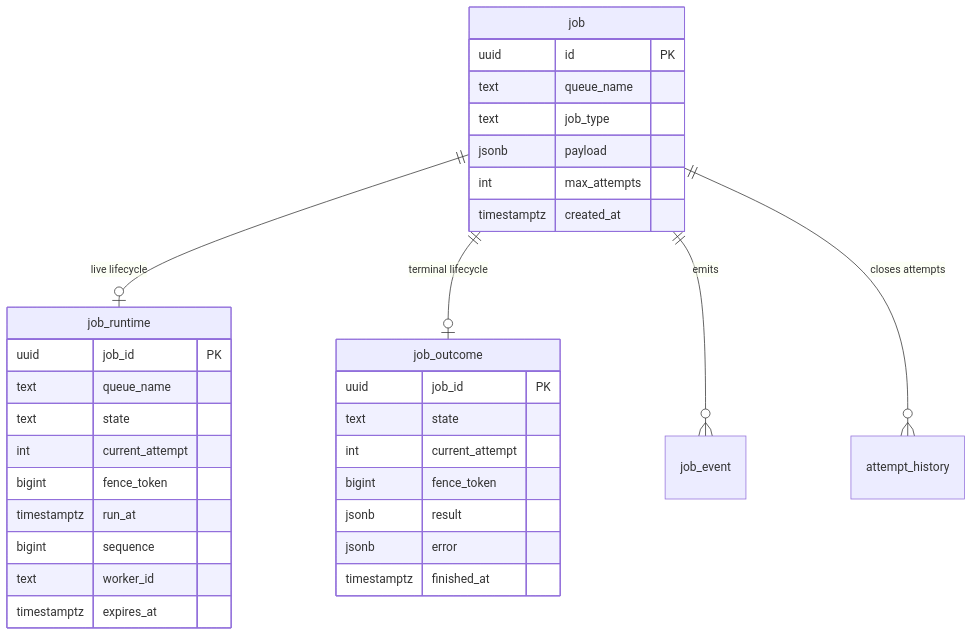
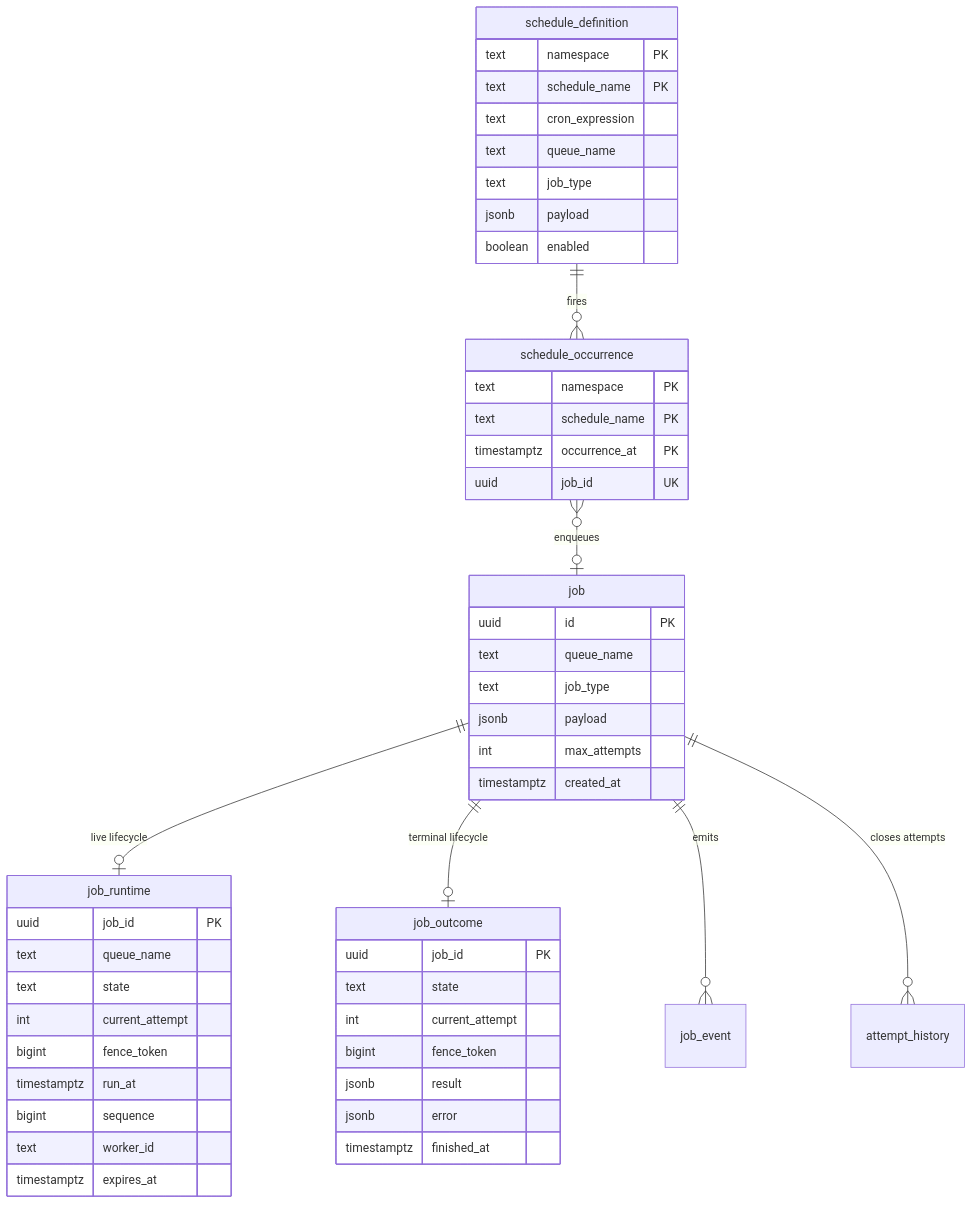
One commit to stablemates/workhorse changed the second of 3 diagrams in docs/architecture.md. Above: the diagram before and after it, drawn with Mermaid. The commit also changed other lines of this file and 14 other files, not shown here.

````diff
--- a/docs/architecture.md
+++ b/docs/architecture.md
@@ -32,36 +35,53 @@
 ```mermaid
 erDiagram
   job ||--o| job_runtime : "live lifecycle"
   job ||--o| job_outcome : "terminal lifecycle"
   job ||--o{ job_event : "emits"
   job ||--o{ attempt_history : "closes attempts"
+  schedule_definition ||--o{ schedule_occurrence : "fires"
+  schedule_occurrence }o--o| job : "enqueues"
 
   job {
     uuid id PK
     text queue_name
     text job_type
     jsonb payload
     int max_attempts
     timestamptz created_at
   }
   job_runtime {
     uuid job_id PK
     text queue_name
     text state
     int current_attempt
     bigint fence_token
     timestamptz run_at
     bigint sequence
     text worker_id
     timestamptz expires_at
   }
   job_outcome {
     uuid job_id PK
     text state
     int current_attempt
     bigint fence_token
     jsonb result
     jsonb error
     timestamptz finished_at
   }
+  schedule_definition {
+    text namespace PK
+    text schedule_name PK
+    text cron_expression
+    text queue_name
+    text job_type
+    jsonb payload
+    boolean enabled
+  }
+  schedule_occurrence {
+    text namespace PK
+    text schedule_name PK
+    timestamptz occurrence_at PK
+    uuid job_id UK
+  }
 ```
````
